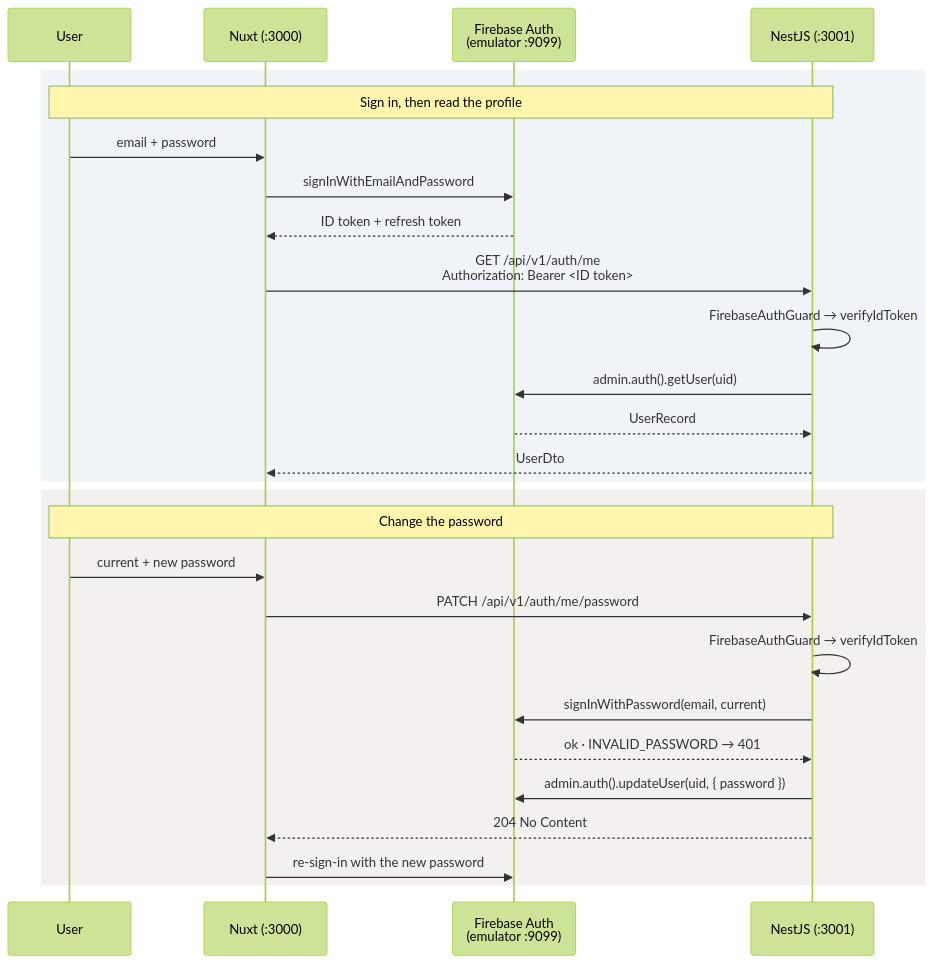
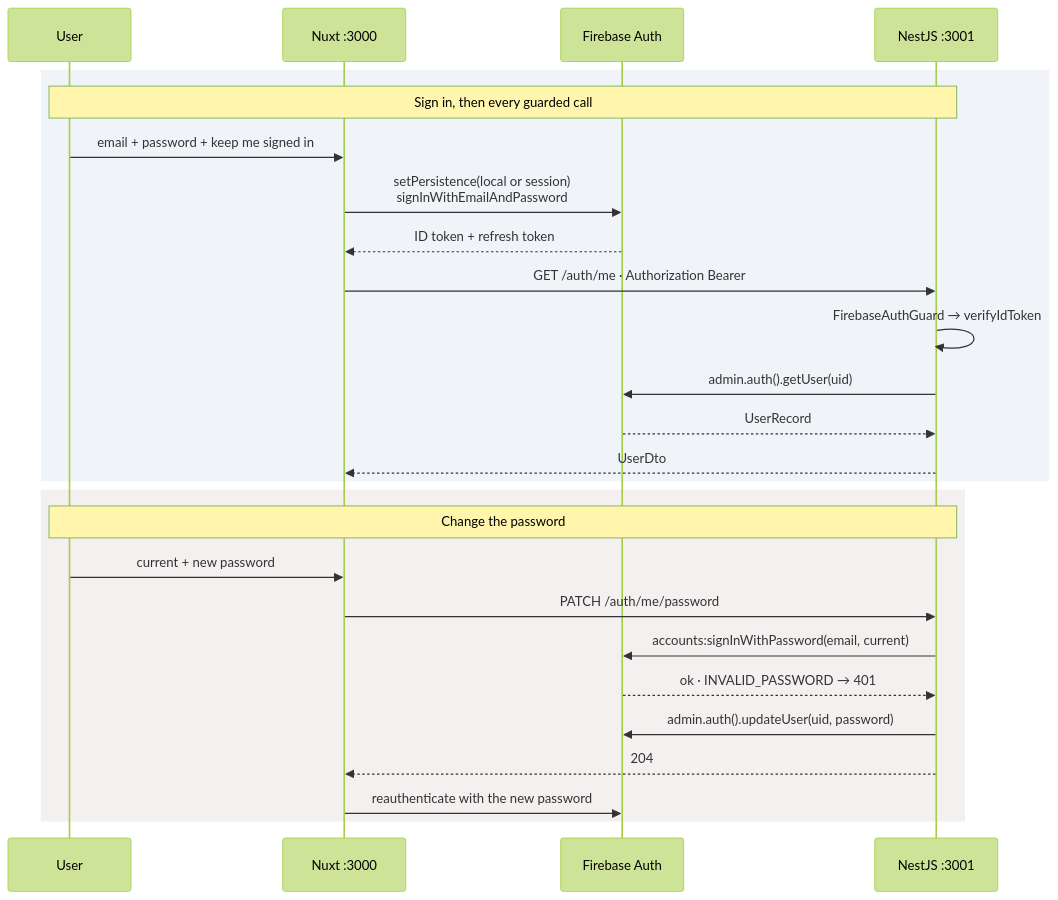
One commit to datntdev0/projects.media-studio changed the second of 2 diagrams in _docs/plan/[auth]-google_firebase_authentication_integration.md. Above: the diagram before and after it, drawn with Mermaid (forest theme). The commit also changed other lines of this file and 11 other files, not shown here.

````diff
--- a/_docs/plan/[auth]-google_firebase_authentication_integration.md
+++ b/_docs/plan/[auth]-google_firebase_authentication_integration.md
@@ -34,31 +109,30 @@
 ```mermaid
 sequenceDiagram
     participant U as User
-    participant FE as Nuxt (:3000)
-    participant FB as Firebase Auth<br/>(emulator :9099)
-    participant BE as NestJS (:3001)
+    participant FE as Nuxt :3000
+    participant FB as Firebase Auth
+    participant BE as NestJS :3001
 
     rect rgb(240, 244, 248)
-    note over U, BE: Sign in, then read the profile
-    U->>FE: email + password
-    FE->>FB: signInWithEmailAndPassword
+    note over U, BE: Sign in, then every guarded call
+    U->>FE: email + password + keep me signed in
+    FE->>FB: setPersistence(local or session)<br/>signInWithEmailAndPassword
     FB-->>FE: ID token + refresh token
-    FE->>BE: GET /api/v1/auth/me<br/>Authorization: Bearer <ID token>
+    FE->>BE: GET /auth/me · Authorization Bearer
     BE->>BE: FirebaseAuthGuard → verifyIdToken
     BE->>FB: admin.auth().getUser(uid)
     FB-->>BE: UserRecord
     BE-->>FE: UserDto
     end
 
     rect rgb(244, 240, 240)
     note over U, BE: Change the password
     U->>FE: current + new password
-    FE->>BE: PATCH /api/v1/auth/me/password
-    BE->>BE: FirebaseAuthGuard → verifyIdToken
-    BE->>FB: signInWithPassword(email, current)
+    FE->>BE: PATCH /auth/me/password
+    BE->>FB: accounts:signInWithPassword(email, current)
     FB-->>BE: ok · INVALID_PASSWORD → 401
-    BE->>FB: admin.auth().updateUser(uid, { password })
-    BE-->>FE: 204 No Content
-    FE->>FB: re-sign-in with the new password
+    BE->>FB: admin.auth().updateUser(uid, password)
+    BE-->>FE: 204
+    FE->>FB: reauthenticate with the new password
     end
 ```
````
